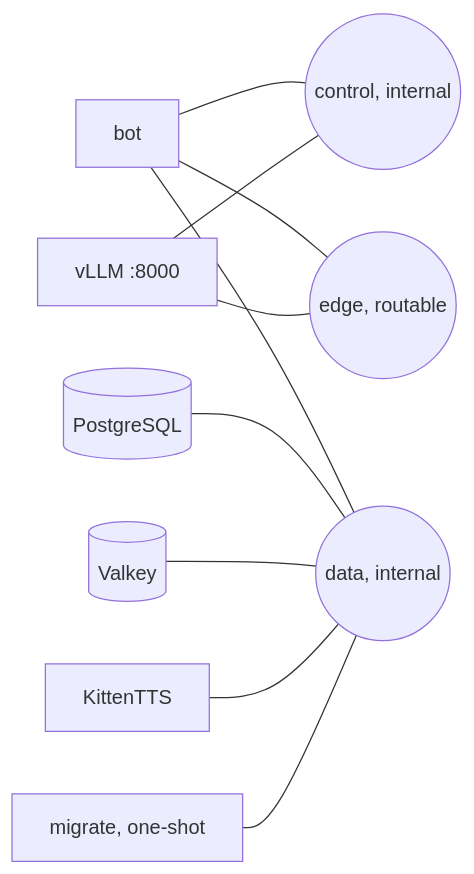
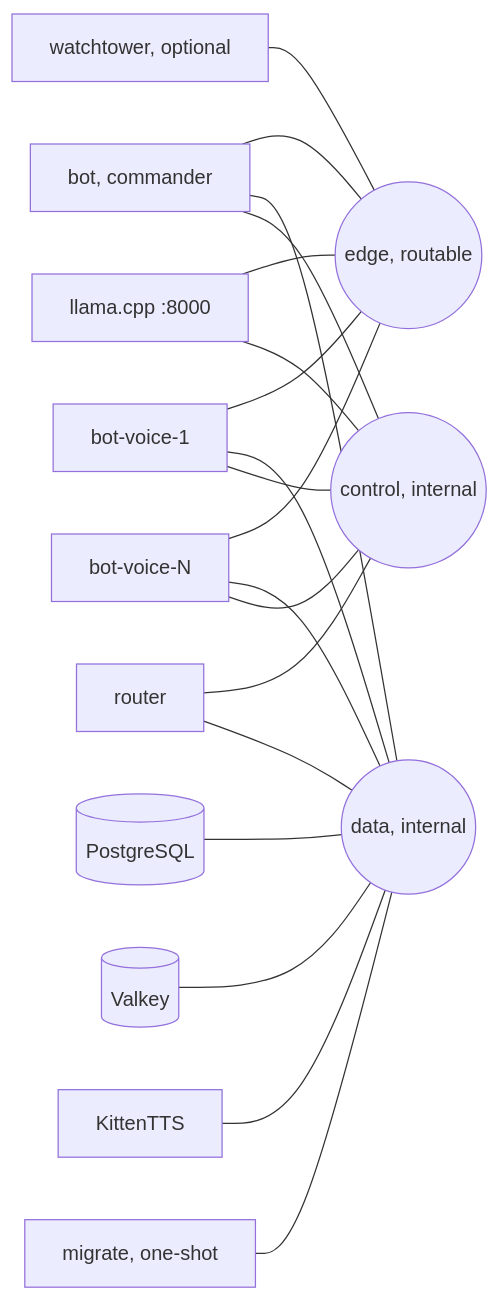
The fifth of 5 diagrams in docs/ARCHITECTURE.md (DeathSurfing/siela-bot), drawn with Mermaid before and after one commit. The commit also changed other lines of this file and 7 other files, not shown here.

First line of the commit message:
docs: fleet-aware Mermaid diagrams (#32)

````diff
--- a/docs/ARCHITECTURE.md
+++ b/docs/ARCHITECTURE.md
@@ -126,23 +151,36 @@
 ```mermaid
 flowchart LR
-  BOT[bot]
-  LLM[vLLM :8000]
+  BOT[bot, commander]
+  ROUTER[router]
+  W1[bot-voice-1]
+  WN[bot-voice-N]
+  LLM[llama.cpp :8000]
   PG[(PostgreSQL)]
   VK[(Valkey)]
   TTS[KittenTTS]
   MIG[migrate, one-shot]
+  WT[watchtower, optional]
 
   EDGE((edge, routable))
   DATA((data, internal))
   CONTROL((control, internal))
 
   BOT --- EDGE
   BOT --- DATA
   BOT --- CONTROL
+  ROUTER --- CONTROL
+  ROUTER --- DATA
+  W1 --- EDGE
+  W1 --- DATA
+  W1 --- CONTROL
+  WN --- EDGE
+  WN --- DATA
+  WN --- CONTROL
   LLM --- EDGE
   LLM --- CONTROL
   PG --- DATA
   VK --- DATA
   TTS --- DATA
   MIG --- DATA
+  WT --- EDGE
 ```
````
